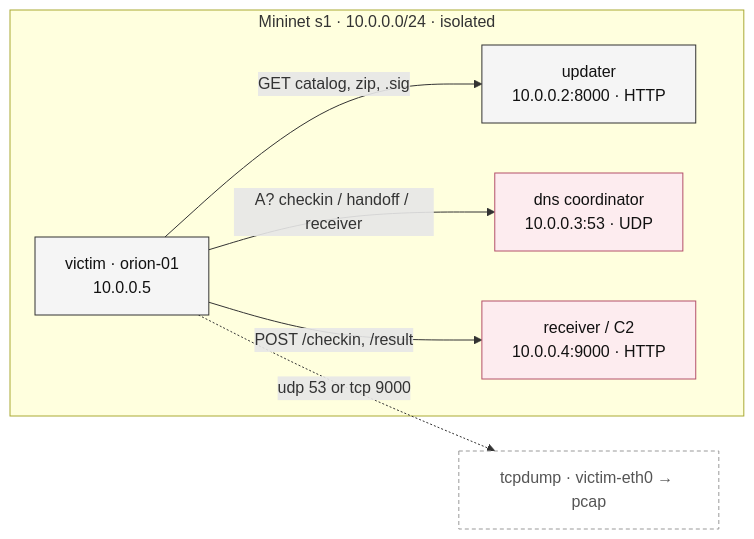
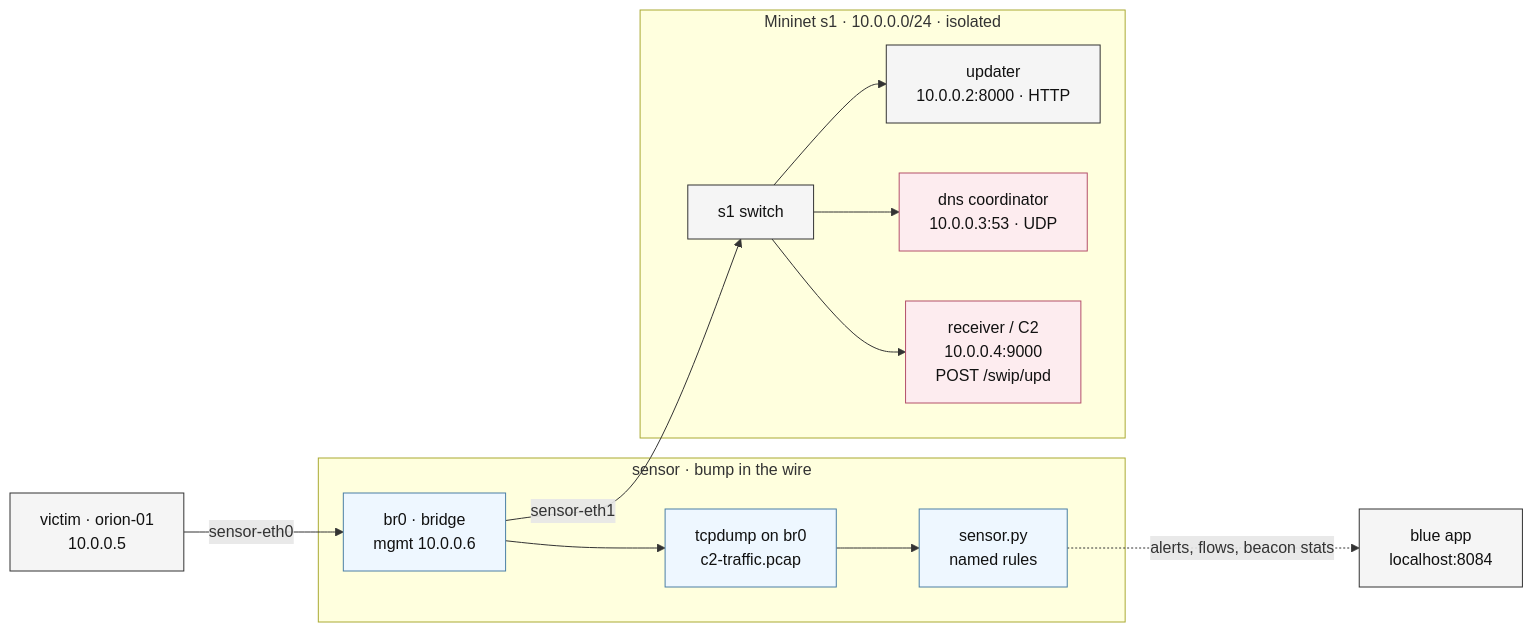
One commit to Sirbu-Boeti-Eduard/cdci_apt29_study changed the first of 2 diagrams in tasks/task05-poc/playbook.md. Above: the diagram before and after it, drawn with Mermaid. The commit also changed other lines of this file and 28 other files, not shown here.

````diff
--- a/tasks/task05-poc/playbook.md
+++ b/tasks/task05-poc/playbook.md
@@ -7,20 +36,31 @@
 ```mermaid
 graph LR
+    V["victim · orion-01<br/>10.0.0.5"]
+    subgraph TAP["sensor · bump in the wire"]
+        B["br0 · bridge<br/>mgmt 10.0.0.6"]
+        P["tcpdump on br0<br/>c2-traffic.pcap"]
+        E["sensor.py<br/>named rules"]
+        B --> P --> E
+    end
     subgraph s1["Mininet s1 · 10.0.0.0/24 · isolated"]
-        V["victim · orion-01<br/>10.0.0.5"]
+        W["s1 switch"]
         U["updater<br/>10.0.0.2:8000 · HTTP"]
         D["dns coordinator<br/>10.0.0.3:53 · UDP"]
-        C["receiver / C2<br/>10.0.0.4:9000 · HTTP"]
+        C["receiver / C2<br/>10.0.0.4:9000<br/>POST /swip/upd"]
+        W --> U
+        W --> D
+        W --> C
     end
-    V -->|"GET catalog, zip, .sig"| U
-    V -->|"A? checkin / handoff / receiver"| D
-    V -->|"POST /checkin, /result"| C
-    V -.->|"udp 53 or tcp 9000"| CAP["tcpdump · victim-eth0 → pcap"]
+    V -->|"sensor-eth0"| B
+    B -->|"sensor-eth1"| W
+    E -.->|"alerts, flows, beacon stats"| L["blue app<br/>localhost:8084"]
 
     classDef host fill:#f5f5f5,stroke:#333,color:#111;
     classDef atk fill:#fdecef,stroke:#b4506a,color:#111;
-    classDef cap fill:#ffffff,stroke:#999,color:#555,stroke-dasharray:4 3;
+    classDef tap fill:#eef7ff,stroke:#4a7fa5,color:#111;
     class V,U host;
     class D,C atk;
-    class CAP cap;
+    class W host;
+    class B,P,E tap;
+    class L host;
 ```
````
